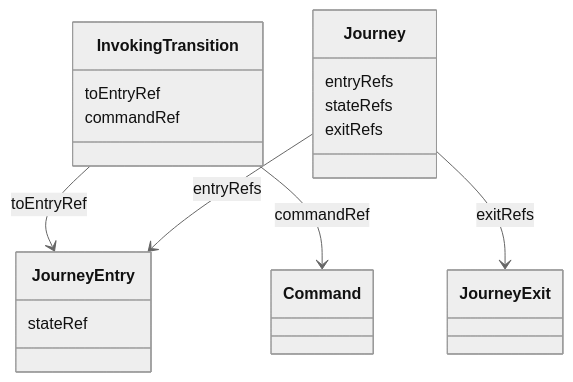
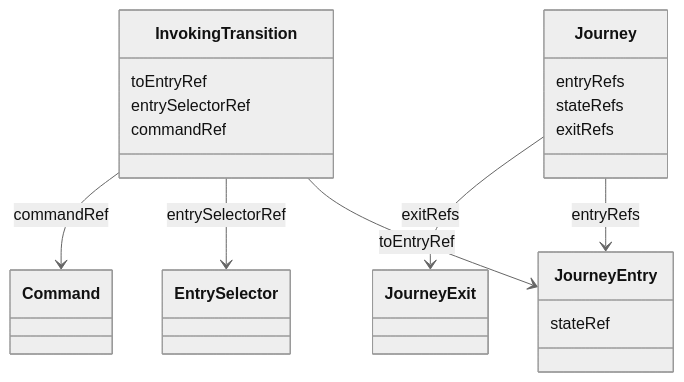
The seventh of 15 diagrams in specs/ed/graph/index.md (openuji/spec-ujg), drawn with Mermaid (neutral theme) before and after one commit. The commit also changed other lines of this file and 27 other files, not shown here.

````diff
--- a/specs/ed/graph/index.md
+++ b/specs/ed/graph/index.md
@@ -548,22 +562,25 @@
 ```mermaid
 classDiagram
   class InvokingTransition {
     toEntryRef
+    entrySelectorRef
     commandRef
   }
   class Journey {
     entryRefs
     stateRefs
     exitRefs
   }
   class JourneyEntry {
     stateRef
   }
+  class EntrySelector
   class JourneyExit
   class Command
 
   InvokingTransition --> JourneyEntry : toEntryRef
+  InvokingTransition --> EntrySelector : entrySelectorRef
   Journey --> JourneyEntry : entryRefs
   Journey --> JourneyExit : exitRefs
   InvokingTransition --> Command : commandRef
 ```
````
